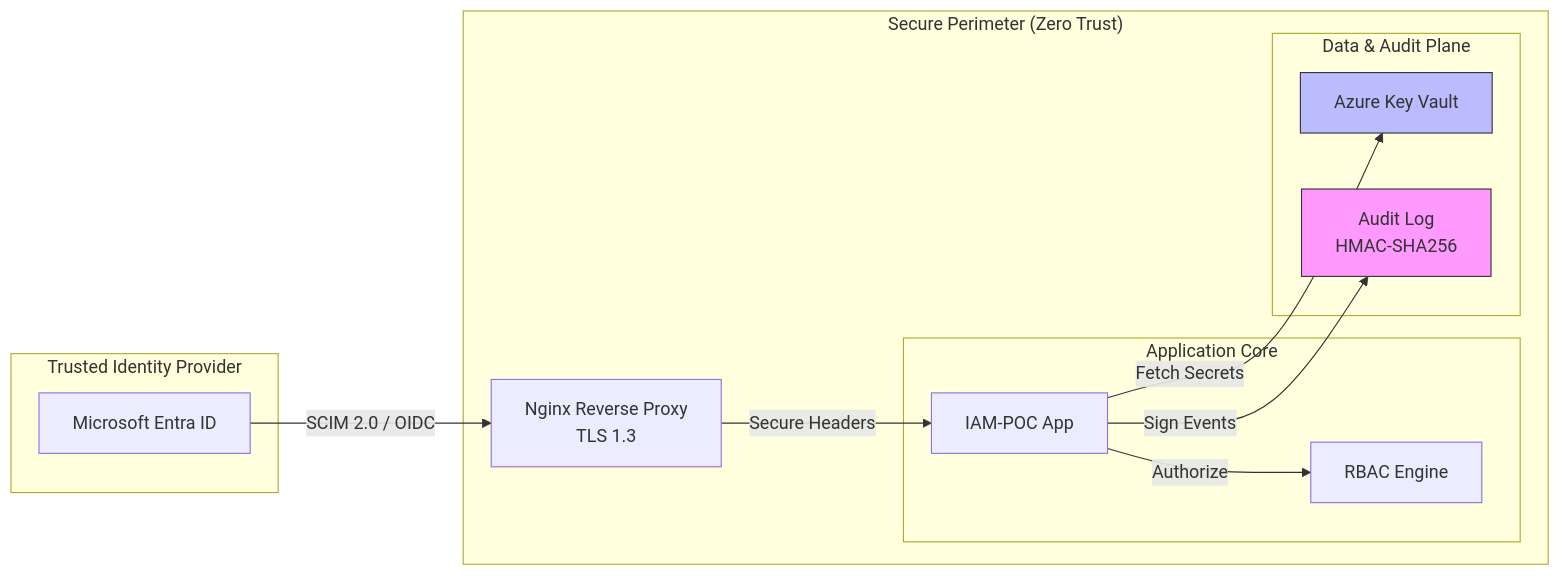
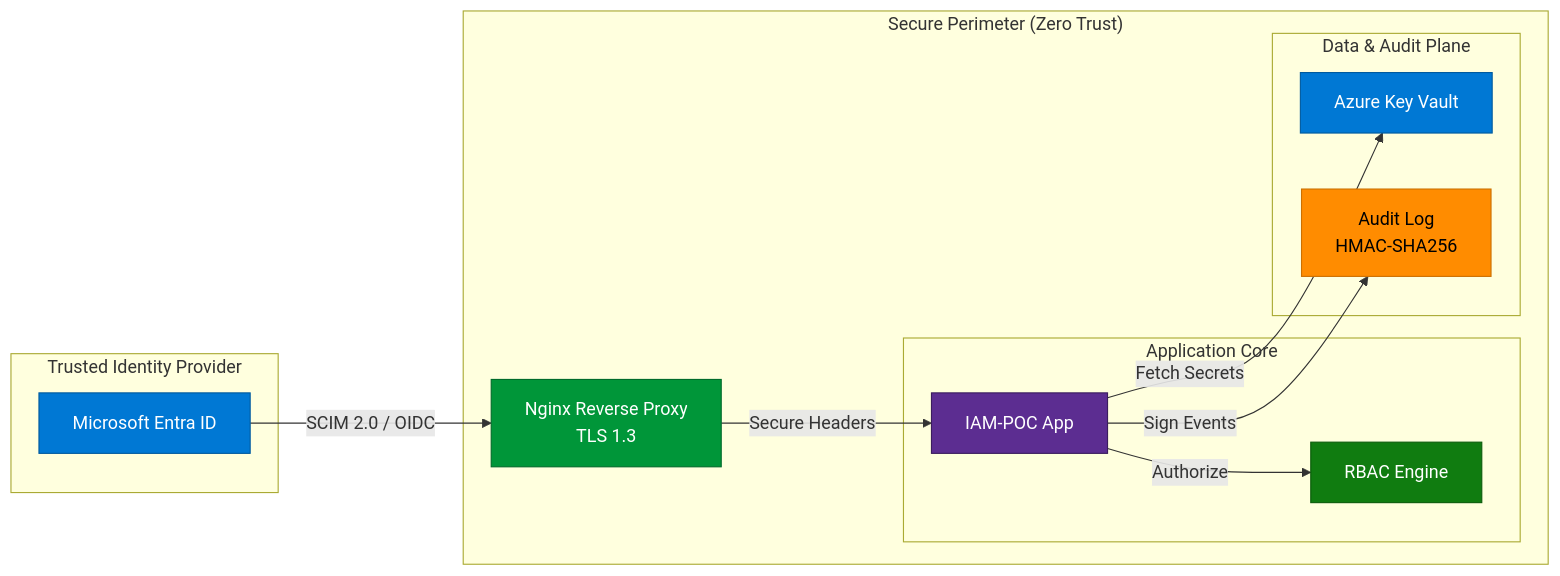
The diagram in README.md (Alexs1004/iam-poc), drawn with Mermaid before and after one commit.

Commit message:
update diagram colors

````diff
--- a/README.md
+++ b/README.md
@@ -28,29 +28,33 @@
 ```mermaid
 graph LR
     subgraph "Trusted Identity Provider"
         Entra[Microsoft Entra ID]
     end
 
     subgraph "Secure Perimeter (Zero Trust)"
         Nginx[Nginx Reverse Proxy <br> TLS 1.3]
         
         subgraph "Application Core"
             App[IAM-POC App]
             RBAC[RBAC Engine]
         end
         
         subgraph "Data & Audit Plane"
             KV[Azure Key Vault]
             Audit[Audit Log <br> HMAC-SHA256]
         end
     end
 
     Entra -->|SCIM 2.0 / OIDC| Nginx
     Nginx -->|Secure Headers| App
     App -->|Authorize| RBAC
     App -->|Fetch Secrets| KV
     App -->|Sign Events| Audit
 
-    style Audit fill:#f9f,stroke:#333
-    style KV fill:#bbf,stroke:#333
+    style Entra fill:#0078d4,stroke:#005a9e,color:#fff
+    style Nginx fill:#009639,stroke:#006b2b,color:#fff
+    style App fill:#5c2d91,stroke:#3b1d5e,color:#fff
+    style RBAC fill:#107c10,stroke:#0b5c0b,color:#fff
+    style KV fill:#0078d4,stroke:#005a9e,color:#fff
+    style Audit fill:#ff8c00,stroke:#cc7000,color:#000
 ```
````
